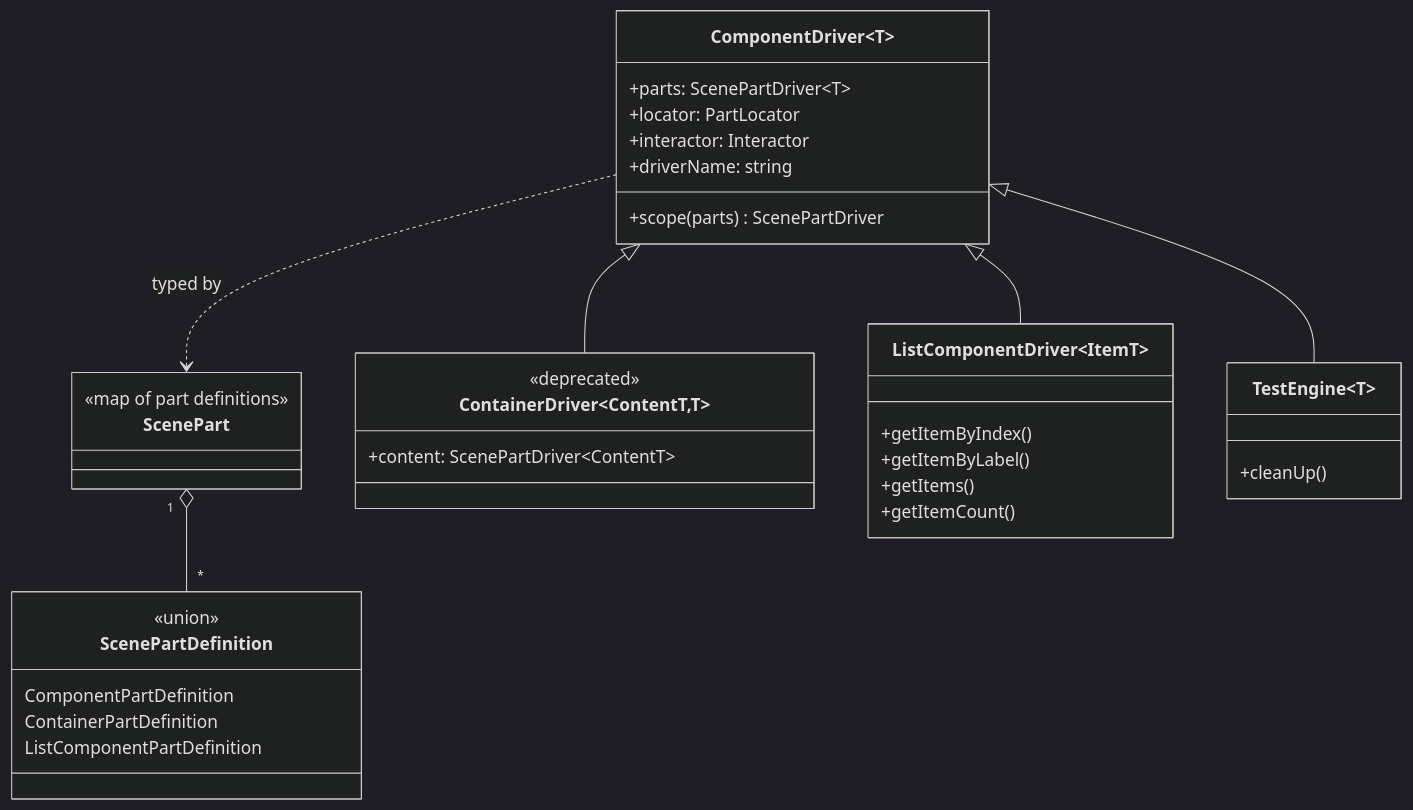
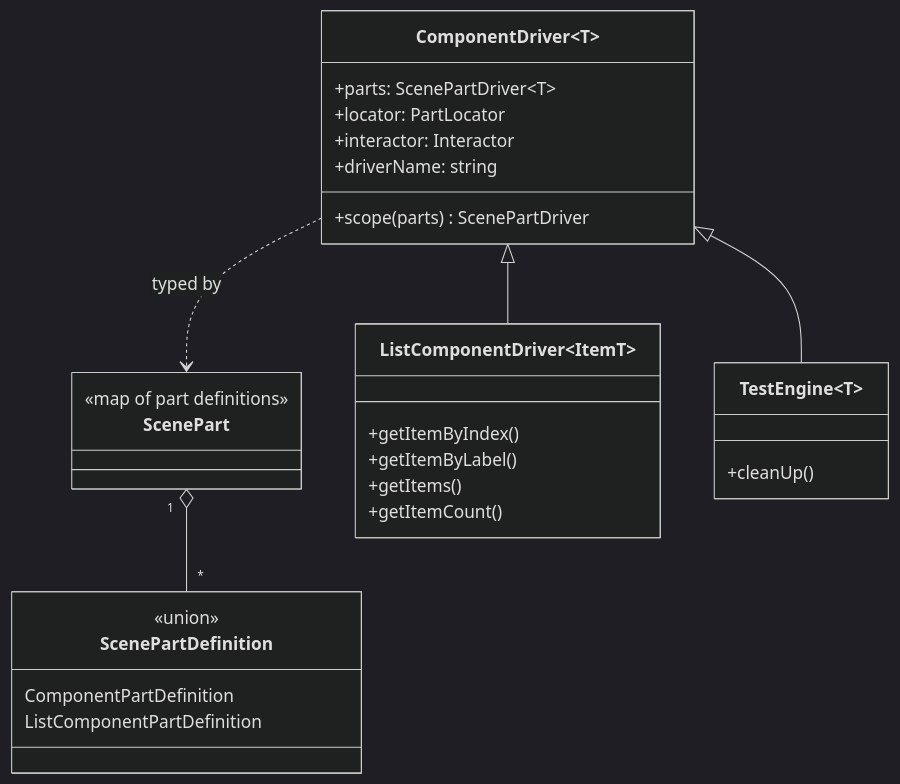
Before and after one commit to atomic-testing/atomic-testing: the diagram in agent-docs/DOMAIN.md, drawn with Mermaid (dark theme). The commit also changed other lines of this file and 65 other files, not shown here.

````diff
--- a/agent-docs/DOMAIN.md
+++ b/agent-docs/DOMAIN.md
@@ -29,37 +28,31 @@
 ```mermaid
 classDiagram
     class ScenePart {
       <<map of part definitions>>
     }
     class ScenePartDefinition {
       <<union>>
       ComponentPartDefinition
-      ContainerPartDefinition
       ListComponentPartDefinition
     }
     class ComponentDriver~T~ {
       +parts: ScenePartDriver~T~
       +locator: PartLocator
       +interactor: Interactor
       +driverName: string
       +scope(parts) ScenePartDriver
-    }
-    class ContainerDriver~ContentT,T~ {
-      <<deprecated>>
-      +content: ScenePartDriver~ContentT~
     }
     class ListComponentDriver~ItemT~ {
       +getItemByIndex()
       +getItemByLabel()
       +getItems()
       +getItemCount()
     }
     class TestEngine~T~ {
       +cleanUp()
     }
     ScenePart "1" o-- "*" ScenePartDefinition
-    ComponentDriver <|-- ContainerDriver
     ComponentDriver <|-- ListComponentDriver
     ComponentDriver <|-- TestEngine
     ComponentDriver ..> ScenePart : typed by
 ```
````
